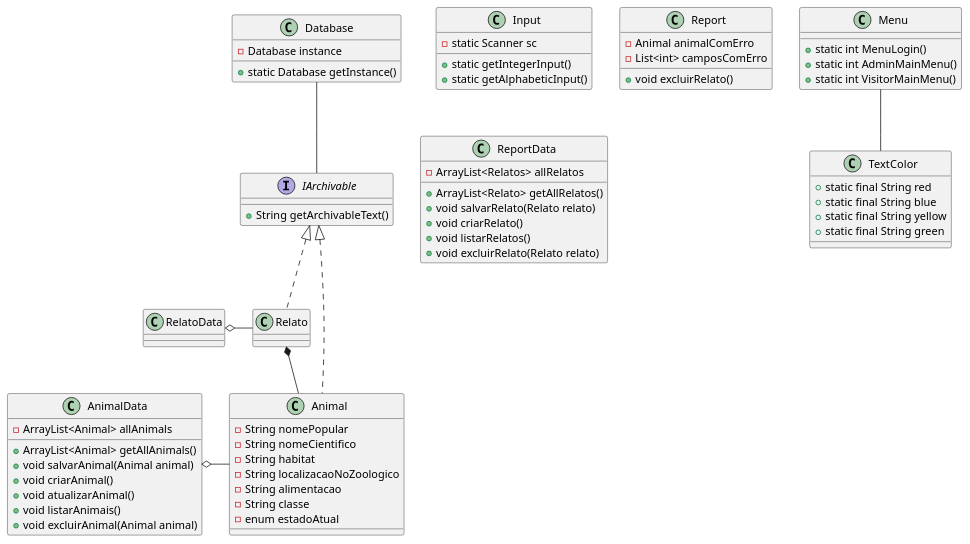
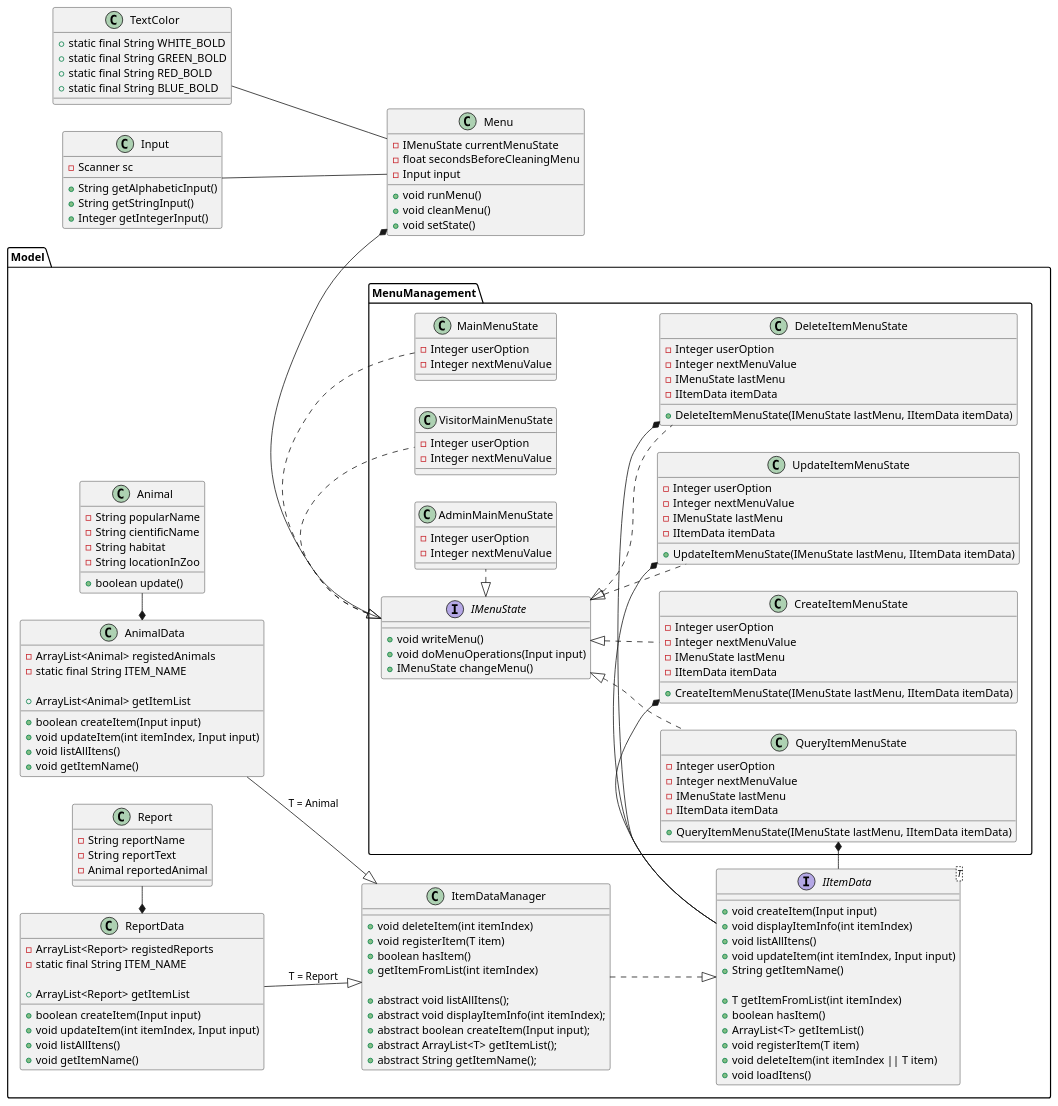
One commit to RanmaYT/ZooSystem changed the diagram in Diagramas/classDiagram.plantuml. Above: the diagram before and after it, drawn with PlantUML. The commit also changed 36 other files, not shown here.

```diff
--- a/Diagramas/classDiagram.plantuml
+++ b/Diagramas/classDiagram.plantuml
@@ -1,104 +1,199 @@
 @startuml Class Diagram
-' Sistema de Dados (Classes relacionadas ao tratamento de dados e banco de dados)
 
-class Database {
-    ' Essa classe vai ser um singleton
+' View
+class Menu {
+    - IMenuState currentMenuState
+    - float secondsBeforeCleaningMenu
+    - Input input
 
-    - Database instance
-
-    + static Database getInstance()
-}
-
-interface IArchivable {
-    + String getArchivableText()
-}
-
-' Sistema de Inputs (Classes responsáveis por coletar e tratar inputs do usuário)
-
-class Input {
-    - static Scanner sc
-
-    + static getIntegerInput()
-    + static getAlphabeticInput()
-}
-
-' Sistema Visual (Classes de estilização e escrita no console)
-class Menu {
-    + static int MenuLogin()
-    + static int AdminMainMenu()
-    + static int VisitorMainMenu()
+    + void runMenu()
+    + void cleanMenu()
+    + void setState()
 }
 
 class TextColor {
-    + static final String red
-    + static final String blue
-    + static final String yellow
-    + static final String green
+    + static final String WHITE_BOLD
+    + static final String GREEN_BOLD
+    + static final String RED_BOLD
+    + static final String BLUE_BOLD
 }
 
-' Sistema de Objetos (Classes que irão ser instanciadas e guardadas como objetos)
-
-class Animal {
-    ' Eu posso tornar essa classe em uma classe abstrata e separar os bichos em classes
-    ' concretas sendo suas classes como "Mamifero", "Ave", "Repteis", etc... (Para aplicar o factory method)
-
-    - String nomePopular
-    - String nomeCientifico
-    - String habitat
-    - String localizacaoNoZoologico
-    - String alimentacao
-    - String classe
-    - enum estadoAtual
+' Controller
+class Input {
+    - Scanner sc
+    + String getAlphabeticInput()
+    + String getStringInput()
+    + Integer getIntegerInput()
 }
 
-class Report {
-    - Animal animalComErro
-    - List<int> camposComErro
+' Model
+package Model {
+    top to bottom direction
+    
+    interface IItemData<T> {
+    ' Implementação para cada tipo
+    + void createItem(Input input)
+    + void displayItemInfo(int itemIndex)
+    + void listAllItens()
+    + void updateItem(int itemIndex, Input input)
+    + String getItemName()
 
-    + void excluirRelato()
+    ' Implementação comum a todos
+    + T getItemFromList(int itemIndex)
+    + boolean hasItem()
+    + ArrayList<T> getItemList()
+    + void registerItem(T item) 
+    + void deleteItem(int itemIndex || T item)
+    + void loadItens()
+    }
+
+    class ItemDataManager {
+        ' Implementados  
+        + void deleteItem(int itemIndex)
+        + void registerItem(T item)
+        + boolean hasItem()
+        + getItemFromList(int itemIndex)
+
+        + abstract void listAllItens();
+        + abstract void displayItemInfo(int itemIndex);
+        + abstract boolean createItem(Input input);
+        + abstract ArrayList<T> getItemList();
+        + abstract String getItemName();
+    }
+
+    class AnimalData {
+        ' T = Animal
+        - ArrayList<Animal> registedAnimals
+        - static final String ITEM_NAME
+
+        + boolean createItem(Input input)
+        + ArrayList<Animal> getItemList
+        + void updateItem(int itemIndex, Input input)
+        + void listAllItens()
+        + void getItemName()
+    }
+
+    class ReportData {
+        ' T = Report
+        - ArrayList<Report> registedReports
+        - static final String ITEM_NAME
+
+            + boolean createItem(Input input)
+        + ArrayList<Report> getItemList
+        + void updateItem(int itemIndex, Input input)
+        + void listAllItens()
+        + void getItemName()
+    }
+
+    class Animal {
+        - String popularName
+        - String cientificName
+        - String habitat
+        - String locationInZoo
+
+        + boolean update()
+    }
+
+    class Report {
+        - String reportName
+        - String reportText
+        - Animal reportedAnimal
+    }
+
+    ' Menu Management 
+    package MenuManagement {
+        left to right direction
+        
+        interface IMenuState {
+        + void writeMenu()
+        + void doMenuOperations(Input input)
+        + IMenuState changeMenu()
+        }
+
+        class MainMenuState {
+            - Integer userOption
+            - Integer nextMenuValue
+        } 
+
+        class VisitorMainMenuState {
+            - Integer userOption
+            - Integer nextMenuValue
+        }
+
+        class AdminMainMenuState {
+            - Integer userOption
+            - Integer nextMenuValue
+        }
+
+        class QueryItemMenuState {
+            - Integer userOption
+            - Integer nextMenuValue
+            - IMenuState lastMenu
+            - IItemData itemData
+            
+            + QueryItemMenuState(IMenuState lastMenu, IItemData itemData)
+        }
+
+        class CreateItemMenuState {
+            - Integer userOption
+            - Integer nextMenuValue
+            - IMenuState lastMenu
+            - IItemData itemData
+
+            + CreateItemMenuState(IMenuState lastMenu, IItemData itemData)
+        }
+
+        class UpdateItemMenuState {
+            - Integer userOption
+            - Integer nextMenuValue
+            - IMenuState lastMenu
+            - IItemData itemData
+            
+            + UpdateItemMenuState(IMenuState lastMenu, IItemData itemData)
+        }
+
+        class DeleteItemMenuState {
+            - Integer userOption
+            - Integer nextMenuValue
+            - IMenuState lastMenu
+            - IItemData itemData
+
+            + DeleteItemMenuState(IMenuState lastMenu, IItemData itemData)
+        }
+    }
 }
 
-' Classes operacionais (Classes que vão fazer operações, utilizando dados como acessórios)
-' Talvez eu possa criar uma interface aqui pra abstrair ja que ambos se comportam parecido
-class AnimalData {
-    - ArrayList<Animal> allAnimals
+' Relacionamentos
 
-    + ArrayList<Animal> getAllAnimals()
-    + void salvarAnimal(Animal animal)
-    + void criarAnimal()
-    + void atualizarAnimal()
-    + void listarAnimais()
-    + void excluirAnimal(Animal animal)
-}
+' Associação
+TextColor -- Menu
+Input -- Menu
 
-class ReportData {
-    - ArrayList<Relatos> allRelatos
+' Implementação (Interfaces)
 
-    + ArrayList<Relato> getAllRelatos()
-    + void salvarRelato(Relato relato)
-    + void criarRelato()
-    + void listarRelatos()
-    + void excluirRelato(Relato relato)
-}
+IMenuState <|. MainMenuState
+IMenuState <|. VisitorMainMenuState
+IMenuState <|. AdminMainMenuState
+IMenuState <|.. QueryItemMenuState
+IMenuState <|.. CreateItemMenuState
+IMenuState <|.. UpdateItemMenuState
+IMenuState <|.. DeleteItemMenuState
 
-' Relacionamento entre as classes
-
-' Associações
-Database -- IArchivable
-Menu -- TextColor
-
-
-' Implementações
-IArchivable <|.. Animal
-IArchivable <|.. Relato
-
-' Composição (Uma parte não pode existir sem o todo)
-Relato *-- Animal
-
-' Agregação (Uma parte pode existir sem o todo)
-RelatoData o- Relato
-AnimalData o- Animal
+ItemDataManager ..|> IItemData
 
 ' Herança
+AnimalData --|> ItemDataManager : "T = Animal"
+ReportData --|> ItemDataManager : "T = Report"
+
+' Composição 
+Menu *- IMenuState
+
+AnimalData *- Animal
+ReportData *- Report
+
+IItemData -* QueryItemMenuState
+IItemData -* CreateItemMenuState
+IItemData -* UpdateItemMenuState
+IItemData -* DeleteItemMenuState
 
 @enduml
```
